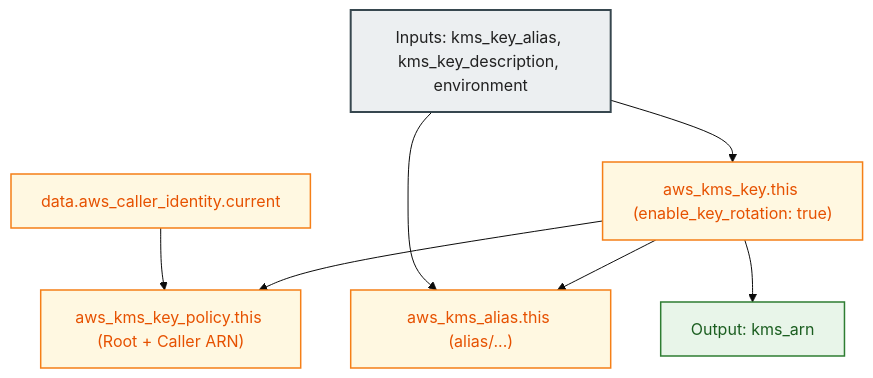
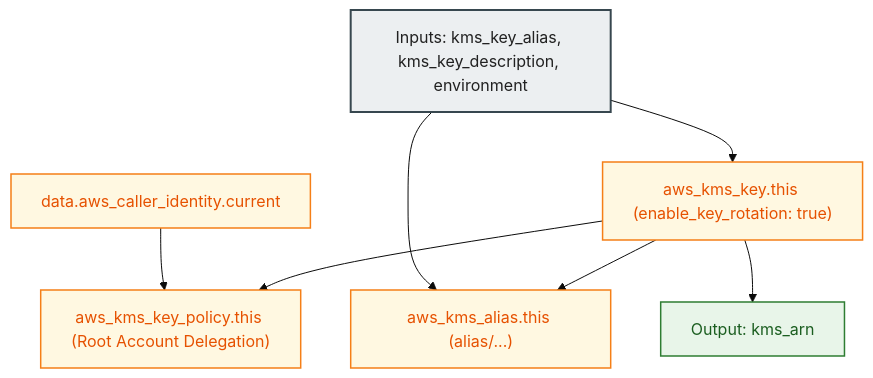
The diagram in modules/02.security/001.kms_key/README.md (MikolajSedek/databricks_aws_deployment_02_identity_management), drawn with Mermaid (base theme) before and after one commit. The commit also changed other lines of this file and 1 other file, not shown here.

Commit message:
fix to KMS key policy

````diff
--- a/modules/02.security/001.kms_key/README.md
+++ b/modules/02.security/001.kms_key/README.md
@@ -54,20 +52,20 @@
 ```mermaid
 graph TD
     classDef input fill:#ECEFF1,stroke:#37474F,stroke-width:2px,color:#212121;
     classDef res fill:#FFF8E1,stroke:#F57F17,stroke-width:1.5px,color:#E65100;
     classDef out fill:#E8F5E9,stroke:#2E7D32,stroke-width:1.5px,color:#1B5E20;
 
     Inputs["Inputs: kms_key_alias, kms_key_description, environment"]:::input
     CallerData["data.aws_caller_identity.current"]:::res
     KmsKey["aws_kms_key.this (enable_key_rotation: true)"]:::res
-    KmsPolicy["aws_kms_key_policy.this (Root + Caller ARN)"]:::res
+    KmsPolicy["aws_kms_key_policy.this (Root Account Delegation)"]:::res
     KmsAlias["aws_kms_alias.this (alias/...)"]:::res
     OutputArn["Output: kms_arn"]:::out
 
     Inputs --> KmsKey
     Inputs --> KmsAlias
     CallerData --> KmsPolicy
     KmsKey --> KmsPolicy
     KmsKey --> KmsAlias
     KmsKey --> OutputArn
 ```
````
